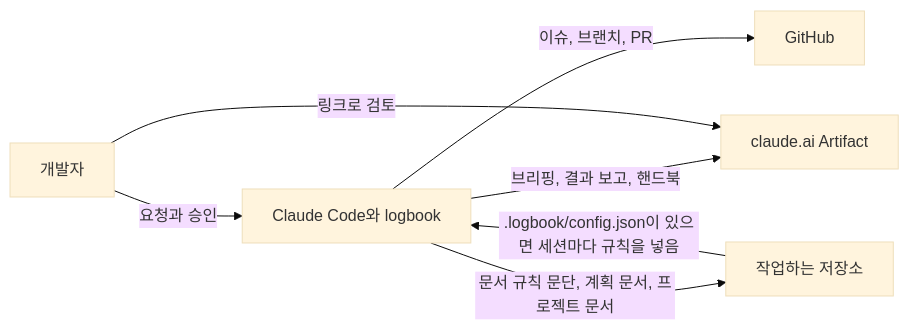
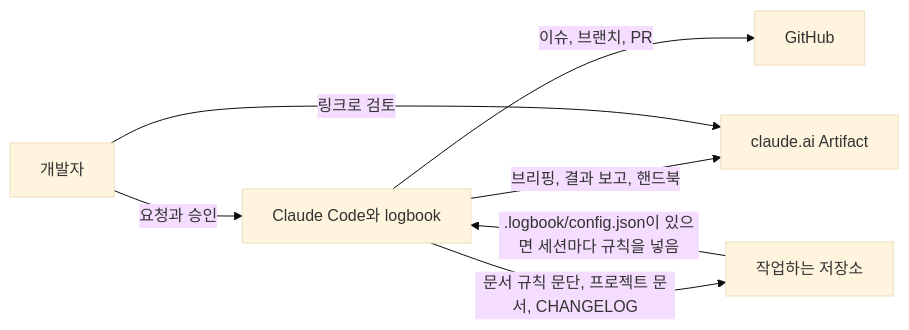
The diagram in docs/system/overview.md (dincal/agent_logbook), drawn with Mermaid (base theme) before and after one commit. The commit also changed other lines of this file and 22 other files, not shown here.

````diff
--- a/docs/system/overview.md
+++ b/docs/system/overview.md
@@ -21,9 +21,9 @@
 ```mermaid
 flowchart LR
   U["개발자"] -->|"요청과 승인"| C["Claude Code와 logbook"]
   C -->|"이슈, 브랜치, PR"| G["GitHub"]
   C -->|"브리핑, 결과 보고, 핸드북"| A["claude.ai Artifact"]
-  C -->|"문서 규칙 문단, 계획 문서, 프로젝트 문서"| R["작업하는 저장소"]
+  C -->|"문서 규칙 문단, 프로젝트 문서, CHANGELOG"| R["작업하는 저장소"]
   R -->|".logbook/config.json이 있으면 세션마다 규칙을 넣음"| C
   U -->|"링크로 검토"| A
 ```
````
